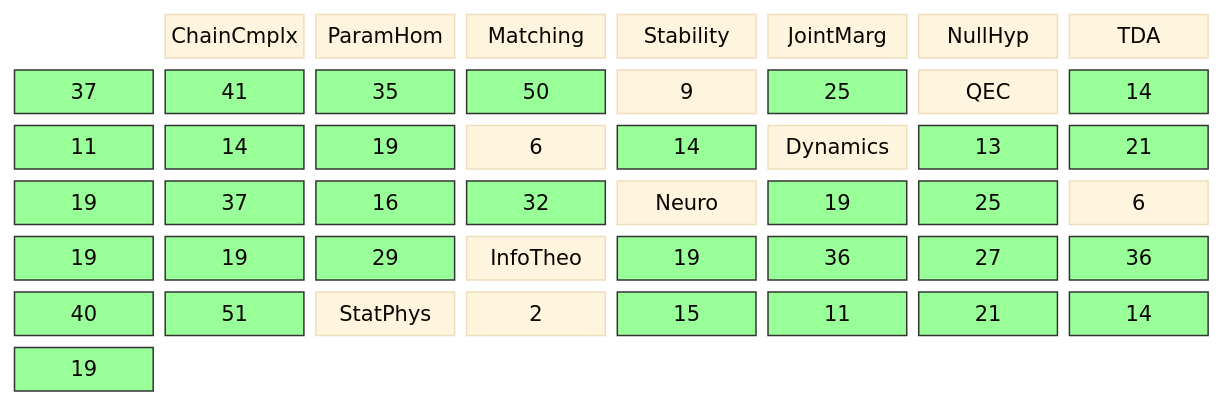
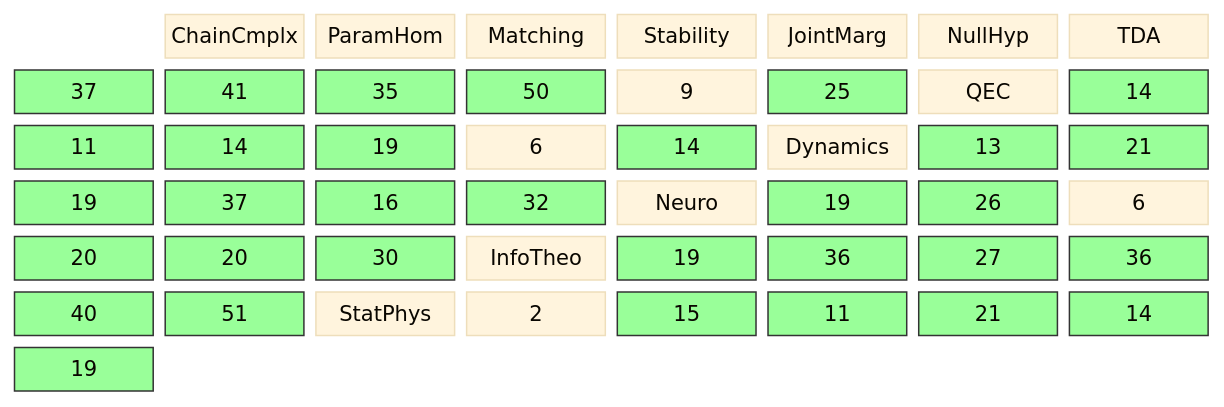
One commit to musicofhel/topoyolo changed the diagram in diagrams/coverage-matrix.md. Above: the diagram before and after it, drawn with Mermaid. The commit also changed other lines of this file and 7 other files, not shown here.

````diff
--- a/diagrams/coverage-matrix.md
+++ b/diagrams/coverage-matrix.md
@@ -22,46 +22,46 @@
 ```mermaid
 %%{init: {'theme': 'base', 'themeVariables': {'fontSize': '14px'}}}%%
 block-beta
   columns 8
 
   space:1 CC["ChainCmplx"] PH["ParamHom"] MA["Matching"] ST["Stability"] JM["JointMarg"] NH["NullHyp"]
 
   TDA["TDA"] TDA_CC["37"] TDA_PH["41"] TDA_MA["35"] TDA_ST["50"] TDA_JM["9"] TDA_NH["25"]
   QEC["QEC"] QEC_CC["14"] QEC_PH["11"] QEC_MA["14"] QEC_ST["19"] QEC_JM["6"] QEC_NH["14"]
   DYN["Dynamics"] DYN_CC["13"] DYN_PH["21"] DYN_MA["19"] DYN_ST["37"] DYN_JM["16"] DYN_NH["32"]
-  NEU["Neuro"] NEU_CC["19"] NEU_PH["25"] NEU_MA["6"] NEU_ST["19"] NEU_JM["19"] NEU_NH["29"]
+  NEU["Neuro"] NEU_CC["19"] NEU_PH["26"] NEU_MA["6"] NEU_ST["20"] NEU_JM["20"] NEU_NH["30"]
   IT["InfoTheo"] IT_CC["19"] IT_PH["36"] IT_MA["27"] IT_ST["36"] IT_JM["40"] IT_NH["51"]
   SP["StatPhys"] SP_CC["2"] SP_PH["15"] SP_MA["11"] SP_ST["21"] SP_JM["14"] SP_NH["19"]
   style TDA_CC fill:#9f9,stroke:#333
   style TDA_PH fill:#9f9,stroke:#333
   style TDA_MA fill:#9f9,stroke:#333
   style TDA_ST fill:#9f9,stroke:#333
   style TDA_NH fill:#9f9,stroke:#333
   style QEC_CC fill:#9f9,stroke:#333
   style QEC_PH fill:#9f9,stroke:#333
   style QEC_MA fill:#9f9,stroke:#333
   style QEC_ST fill:#9f9,stroke:#333
   style QEC_NH fill:#9f9,stroke:#333
   style DYN_CC fill:#9f9,stroke:#333
   style DYN_PH fill:#9f9,stroke:#333
   style DYN_MA fill:#9f9,stroke:#333
   style DYN_ST fill:#9f9,stroke:#333
   style DYN_JM fill:#9f9,stroke:#333
   style DYN_NH fill:#9f9,stroke:#333
   style NEU_CC fill:#9f9,stroke:#333
   style NEU_PH fill:#9f9,stroke:#333
   style NEU_ST fill:#9f9,stroke:#333
   style NEU_JM fill:#9f9,stroke:#333
   style NEU_NH fill:#9f9,stroke:#333
   style IT_CC fill:#9f9,stroke:#333
   style IT_PH fill:#9f9,stroke:#333
   style IT_MA fill:#9f9,stroke:#333
   style IT_ST fill:#9f9,stroke:#333
   style IT_JM fill:#9f9,stroke:#333
   style IT_NH fill:#9f9,stroke:#333
   style SP_PH fill:#9f9,stroke:#333
   style SP_MA fill:#9f9,stroke:#333
   style SP_ST fill:#9f9,stroke:#333
   style SP_JM fill:#9f9,stroke:#333
   style SP_NH fill:#9f9,stroke:#333
 ```
````
